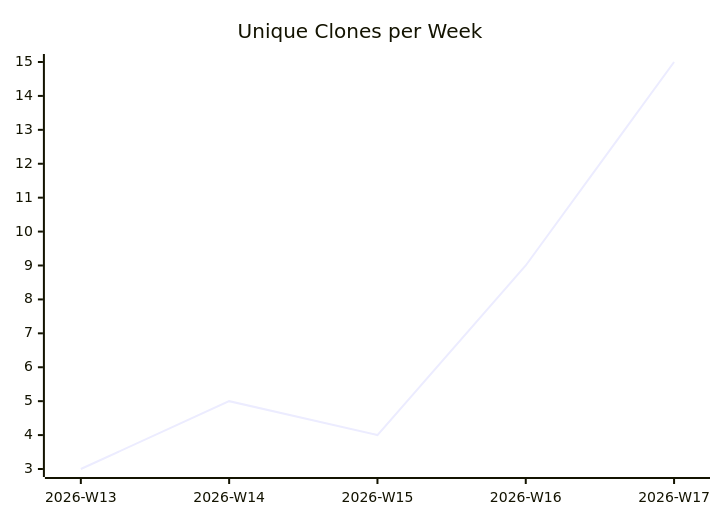
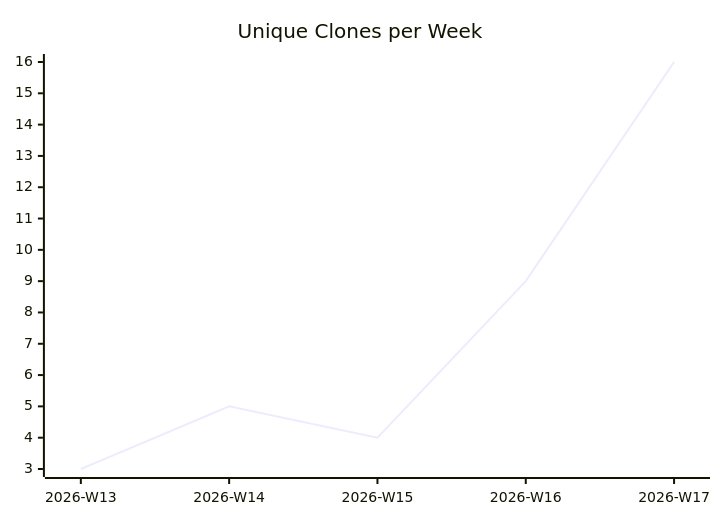
The third of 3 diagrams in karlmdavis/dotfiles/README.md (justdavis-family/github-analytics-data), drawn with Mermaid before and after one commit. The commit also changed other lines of this file and 198 other files, not shown here.

````diff
--- a/karlmdavis/dotfiles/README.md
+++ b/karlmdavis/dotfiles/README.md
@@ -19,6 +19,6 @@
 ```mermaid
 xychart-beta
   title "Unique Clones per Week"
   x-axis ["2026-W13", "2026-W14", "2026-W15", "2026-W16", "2026-W17"]
-  line [3, 5, 4, 9, 15]
+  line [3, 5, 4, 9, 16]
 ```
````
